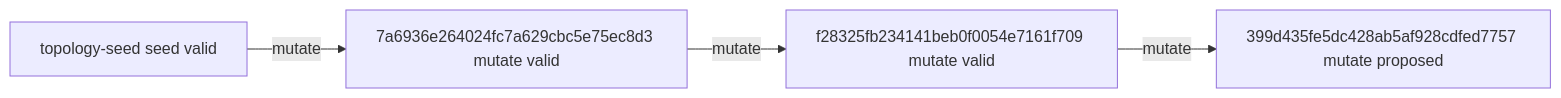
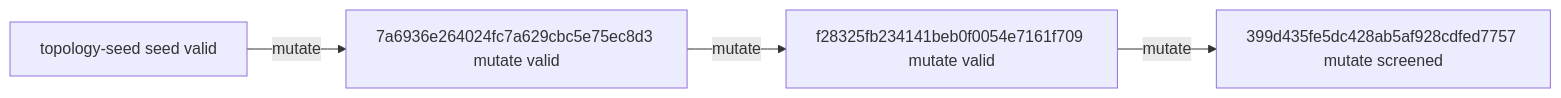
One commit to timbtz/feyer-search-lab changed the diagram in experiments/campaigns/layout-numerical-v2/README.md. Above: the diagram before and after it, drawn with Mermaid. The commit also changed other lines of this file and 7 other files, not shown here.

````diff
--- a/experiments/campaigns/layout-numerical-v2/README.md
+++ b/experiments/campaigns/layout-numerical-v2/README.md
@@ -21,10 +21,10 @@
 ```mermaid
 graph LR
   n0["topology-seed seed valid"]
   n1["7a6936e264024fc7a629cbc5e75ec8d3 mutate valid"]
   n2["f28325fb234141beb0f0054e7161f709 mutate valid"]
-  n3["399d435fe5dc428ab5af928cdfed7757 mutate proposed"]
+  n3["399d435fe5dc428ab5af928cdfed7757 mutate screened"]
   n0 -->|mutate| n1
   n1 -->|mutate| n2
   n2 -->|mutate| n3
 ```
````
